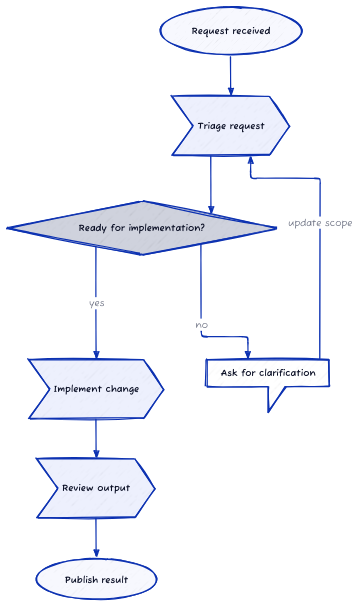
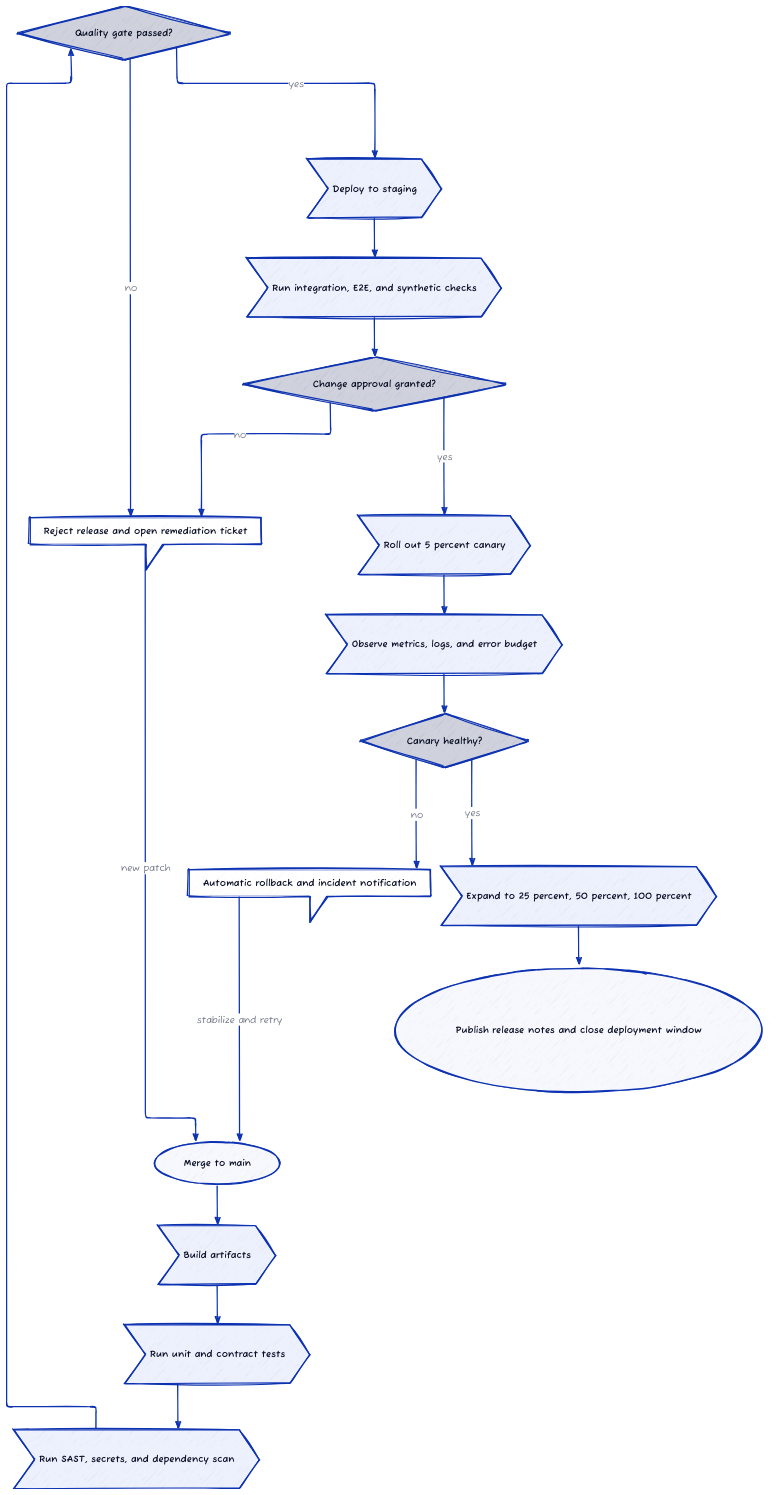
One commit to Eryc123Y/d2-diagram-skill changed the diagram in examples/src/light-flowchart.d2. Above: the diagram before and after it, drawn with D2. The commit also changed 9 other files, not shown here.

Commit message:
docs: replace example set with production-grade diagrams

```diff
--- a/examples/src/light-flowchart.d2
+++ b/examples/src/light-flowchart.d2
@@ -1,49 +1,91 @@
 # DIAGRAM TYPE: Flowchart
-# AUDIENCE: Product and ops teams
-# Shows: A review workflow using the light built-in palette
+# AUDIENCE: Delivery managers and platform teams
+# Shows: A production release governance flow with quality, security, canary, and rollback gates
 
 direction: down
 
 vars: {
   d2-config: {
     sketch: true
     theme-id: 0
     layout-engine: elk
   }
 }
 
-start: Request received {
+start: Merge to main {
   shape: oval
 }
 
-triage: Triage request {
+build: Build artifacts {
   shape: step
 }
 
-decision: Ready for implementation? {
+unit: Run unit and contract tests {
+  shape: step
+}
+
+security: Run SAST, secrets, and dependency scan {
+  shape: step
+}
+
+quality_gate: Quality gate passed? {
   shape: diamond
 }
 
-clarify: Ask for clarification {
+fixes: Reject release and open remediation ticket {
   shape: callout
 }
 
-implement: Implement change {
+staging: Deploy to staging {
   shape: step
 }
 
-review: Review output {
+e2e: Run integration, E2E, and synthetic checks {
   shape: step
 }
 
-publish: Publish result {
+approval: Change approval granted? {
+  shape: diamond
+}
+
+canary: Roll out 5 percent canary {
+  shape: step
+}
+
+observe: Observe metrics, logs, and error budget {
+  shape: step
+}
+
+healthy: Canary healthy? {
+  shape: diamond
+}
+
+rollback: Automatic rollback and incident notification {
+  shape: callout
+}
+
+progressive: Expand to 25 percent, 50 percent, 100 percent {
+  shape: step
+}
+
+closeout: Publish release notes and close deployment window {
   shape: oval
 }
 
-start -> triage
-triage -> decision
-decision -> clarify: no
-clarify -> triage: update scope
-decision -> implement: yes
-implement -> review
-review -> publish
+start -> build
+build -> unit
+unit -> security
+security -> quality_gate
+quality_gate -> fixes: no
+fixes -> start: new patch
+quality_gate -> staging: yes
+staging -> e2e
+e2e -> approval
+approval -> fixes: no
+approval -> canary: yes
+canary -> observe
+observe -> healthy
+healthy -> rollback: no
+rollback -> start: stabilize and retry
+healthy -> progressive: yes
+progressive -> closeout
```
